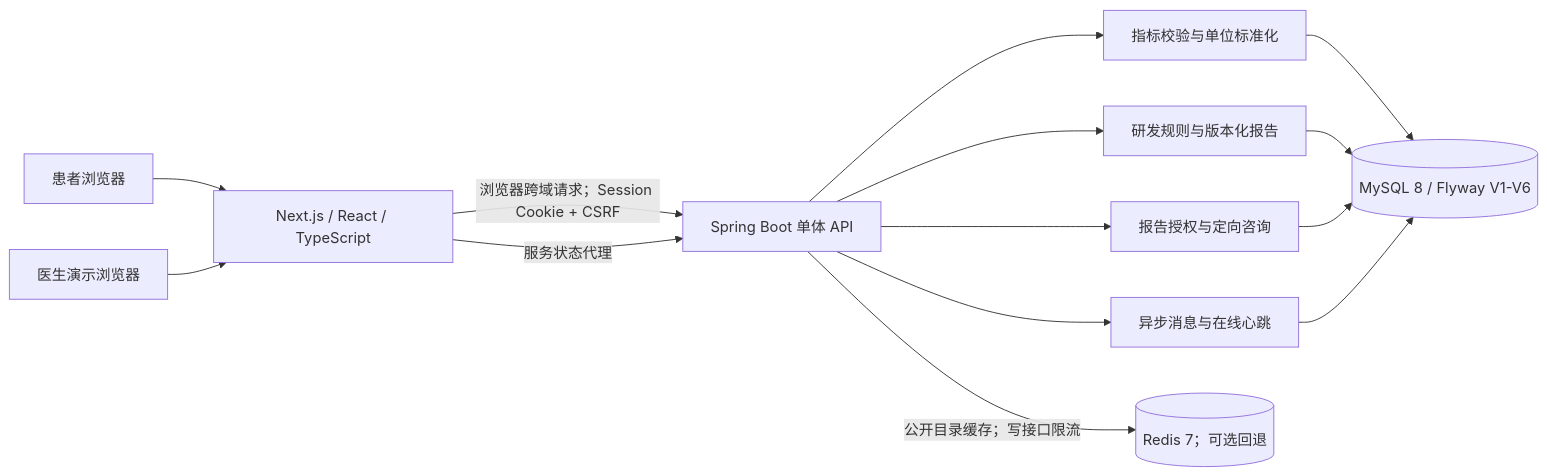
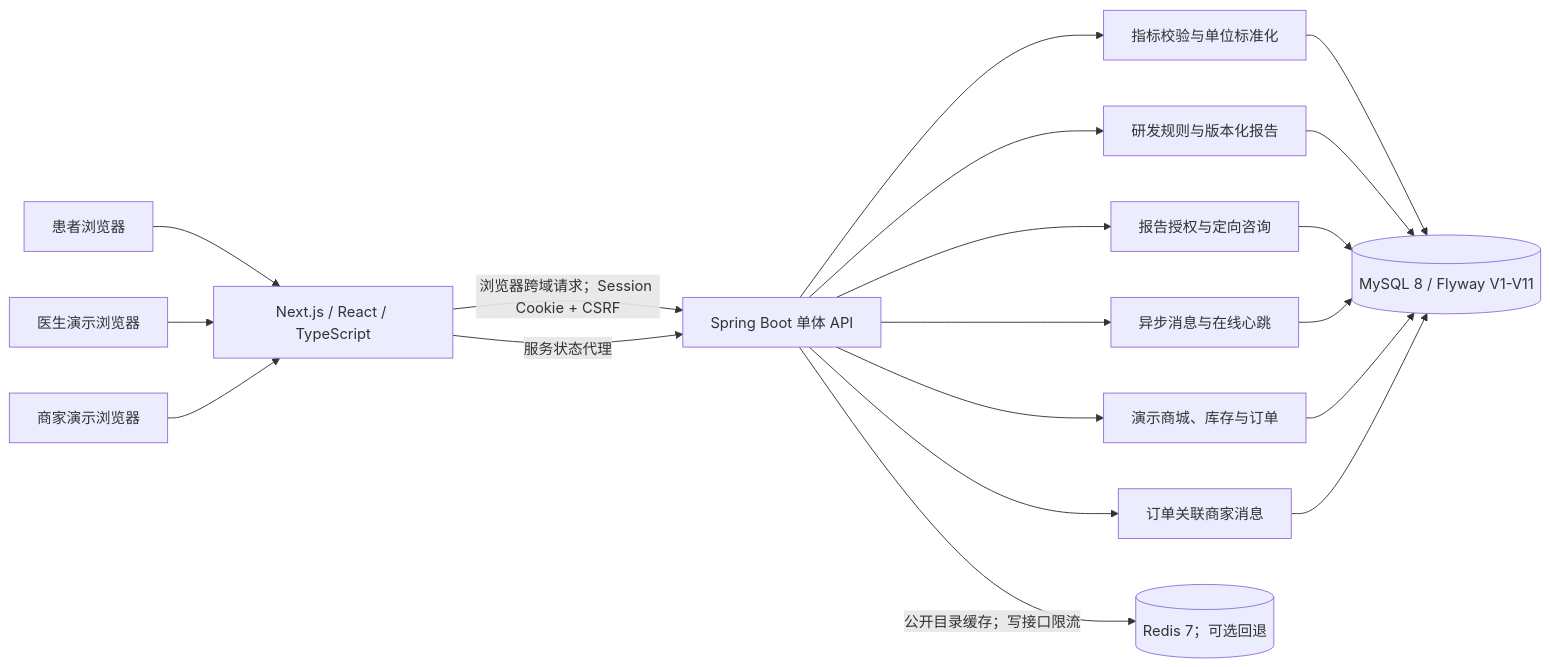
The diagram in docs/architecture.md (mxxx-account/JWZZ), drawn with Mermaid before and after one commit. The commit also changed other lines of this file and 26 other files, not shown here.

````diff
--- a/docs/architecture.md
+++ b/docs/architecture.md
@@ -5,13 +5,16 @@
 ```mermaid
 flowchart LR
   U[患者浏览器] --> N[Next.js / React / TypeScript]
   D[医生演示浏览器] --> N
+  S[商家演示浏览器] --> N
   N -->|浏览器跨域请求；Session Cookie + CSRF| A[Spring Boot 单体 API]
   N -->|服务状态代理| A
   A --> I[指标校验与单位标准化]
   A --> R[研发规则与版本化报告]
   A --> G[报告授权与定向咨询]
   A --> M[异步消息与在线心跳]
-  I & R & G & M --> SQL[(MySQL 8 / Flyway V1-V6)]
+  A --> C[演示商城、库存与订单]
+  A --> SM[订单关联商家消息]
+  I & R & G & M & C & SM --> SQL[(MySQL 8 / Flyway V1-V11)]
   A -->|公开目录缓存；写接口限流| REDIS[(Redis 7；可选回退)]
 ```
````
